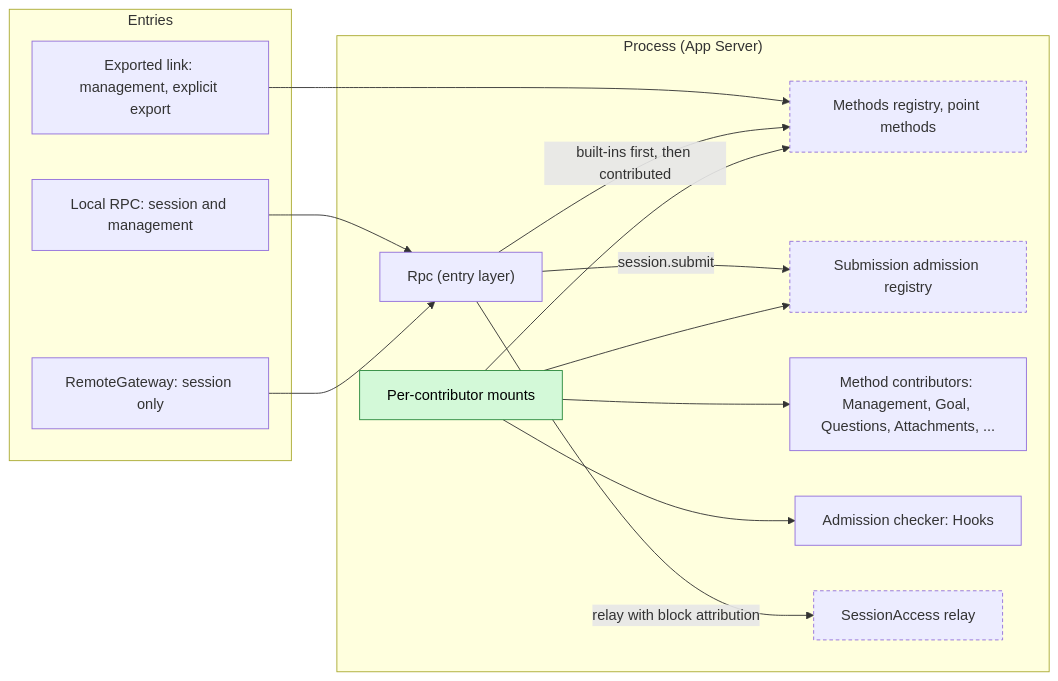
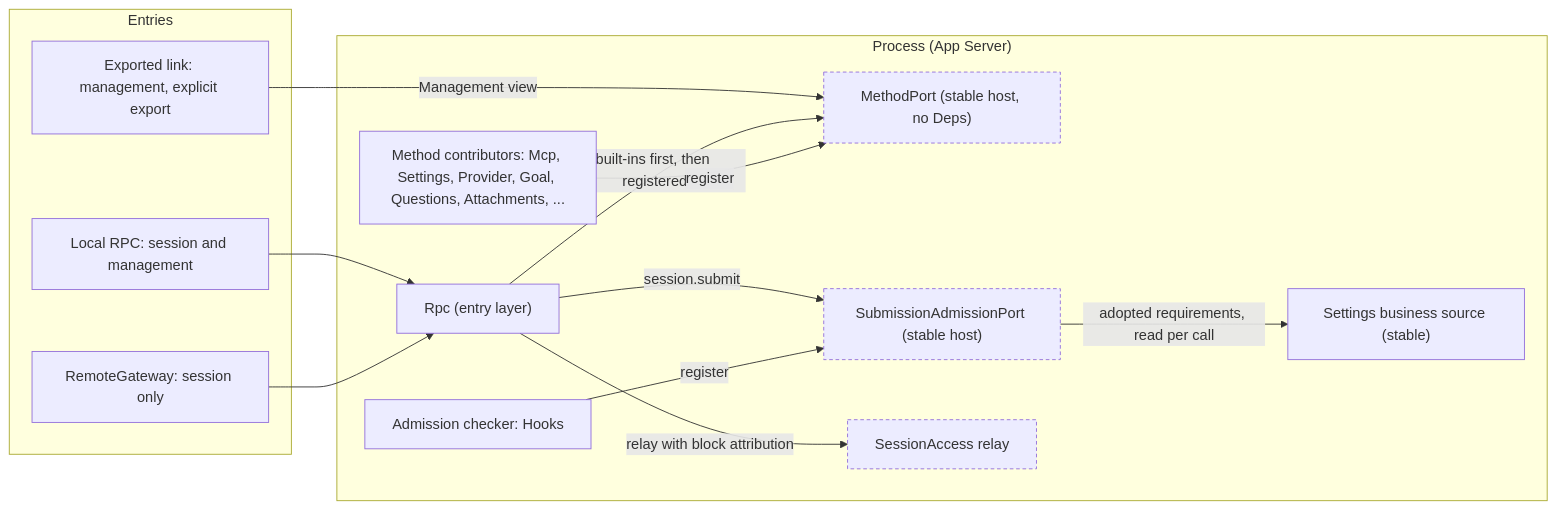
Before and after one commit to CoutinhoTTS/dim-agent: the first of 5 diagrams in docs/design/contracts/session-boundary.md, drawn with Mermaid. The commit also changed other lines of this file and 4 other files, not shown here.

````diff
--- a/docs/design/contracts/session-boundary.md
+++ b/docs/design/contracts/session-boundary.md
@@ -9,29 +9,27 @@
 ```mermaid
 flowchart LR
   subgraph PROC["Process (App Server)"]
     Rpc["Rpc (entry layer)"]
-    MR["Methods registry, point methods"]:::contract
-    AR["Submission admission registry"]:::contract
-    Mounts["Per-contributor mounts"]:::new
-    MC["Method contributors: Management, Goal, Questions, Attachments, ..."]
+    MP["MethodPort (stable host, no Deps)"]:::contract
+    SP["SubmissionAdmissionPort (stable host)"]:::contract
+    Set["Settings business source (stable)"]
+    MC["Method contributors: Mcp, Settings, Provider, Goal, Questions, Attachments, ..."]
     HC["Admission checker: Hooks"]
     SA["SessionAccess relay"]:::contract
   end
   subgraph ENT["Entries"]
     Local["Local RPC: session and management"]
     Remote["RemoteGateway: session only"]
     Link["Exported link: management, explicit export"]
   end
   Local --> Rpc
   Remote --> Rpc
-  Link --> MR
-  Rpc -->|"built-ins first, then contributed"| MR
-  Rpc -->|"session.submit"| AR
+  Link -->|"Management view"| MP
+  Rpc -->|"built-ins first, then registered"| MP
+  Rpc -->|"session.submit"| SP
   Rpc -->|"relay with block attribution"| SA
-  Mounts --> MR
-  Mounts --> AR
-  Mounts --> MC
-  Mounts --> HC
-  classDef new fill:#d3f9d8,stroke:#2b8a3e,color:#000
+  MC -->|"register"| MP
+  HC -->|"register"| SP
+  SP -->|"adopted requirements, read per call"| Set
   classDef contract stroke-dasharray:4 3
 ```
````
